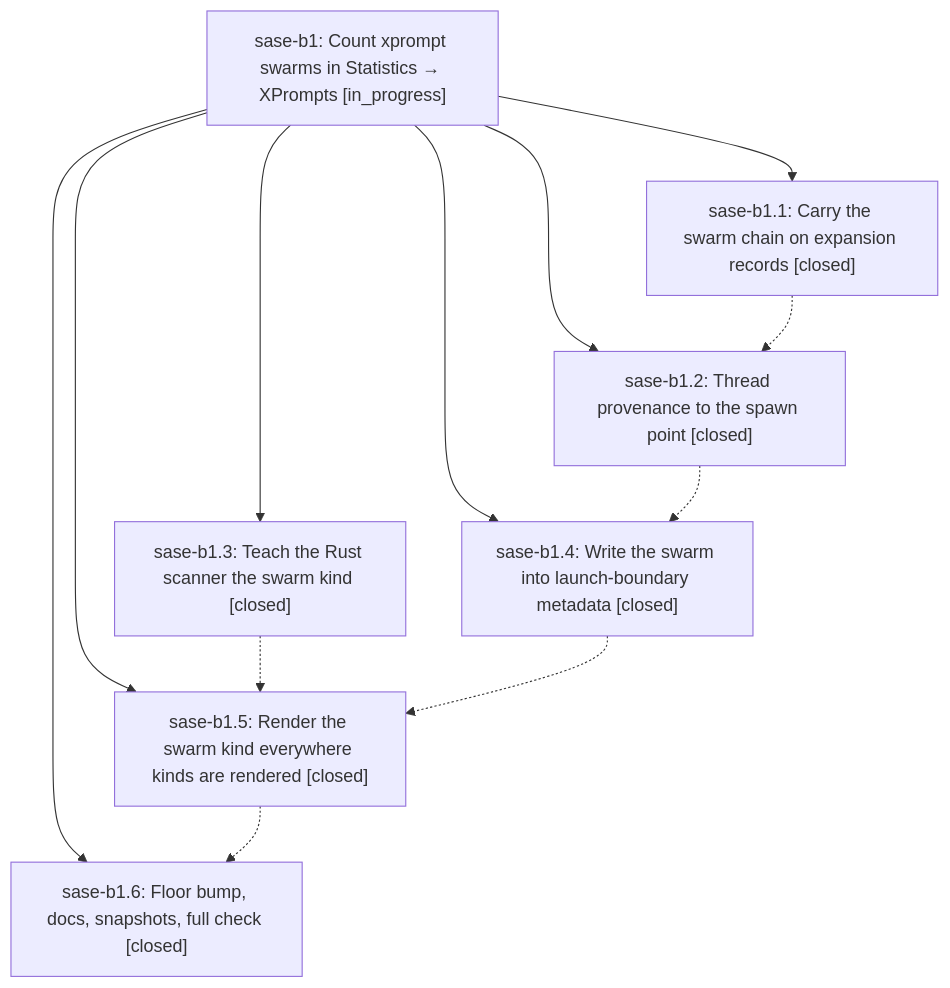
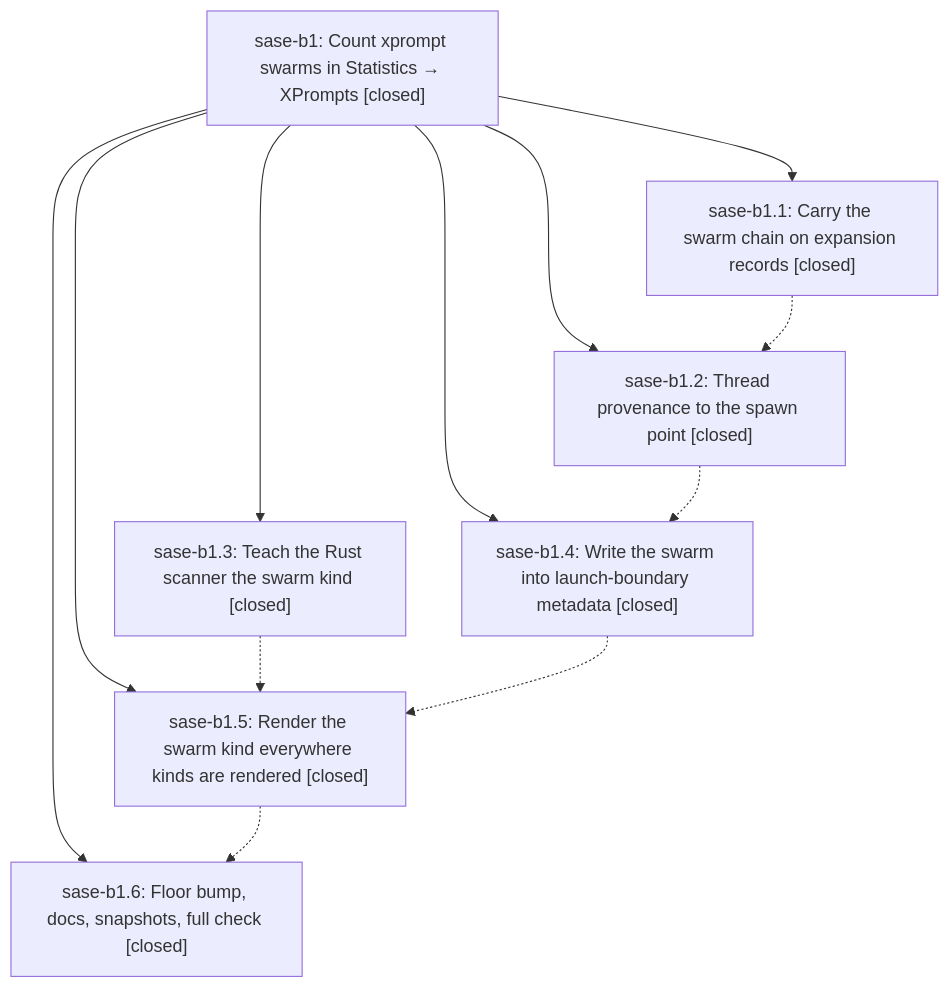
Before and after one commit to sase-org/sase--beads: the diagram in pages/sase-b1/README.md, drawn with Mermaid. The commit also changed other lines of this file and 6 other files, not shown here.

````diff
--- a/pages/sase-b1/README.md
+++ b/pages/sase-b1/README.md
@@ -27,21 +31,21 @@
 ```mermaid
 flowchart TD
-    n0["sase-b1: Count xprompt swarms in Statistics → XPrompts [in_progress]"]
+    n0["sase-b1: Count xprompt swarms in Statistics → XPrompts [closed]"]
     n1["sase-b1.1: Carry the swarm chain on expansion records [closed]"]
     n2["sase-b1.2: Thread provenance to the spawn point [closed]"]
     n3["sase-b1.3: Teach the Rust scanner the swarm kind [closed]"]
     n4["sase-b1.4: Write the swarm into launch-boundary metadata [closed]"]
     n5["sase-b1.5: Render the swarm kind everywhere kinds are rendered [closed]"]
     n6["sase-b1.6: Floor bump, docs, snapshots, full check [closed]"]
     n0 --> n1
     n0 --> n2
     n0 --> n3
     n0 --> n4
     n0 --> n5
     n0 --> n6
     n1 -.-> n2
     n2 -.-> n4
     n3 -.-> n5
     n4 -.-> n5
     n5 -.-> n6
 ```
````
